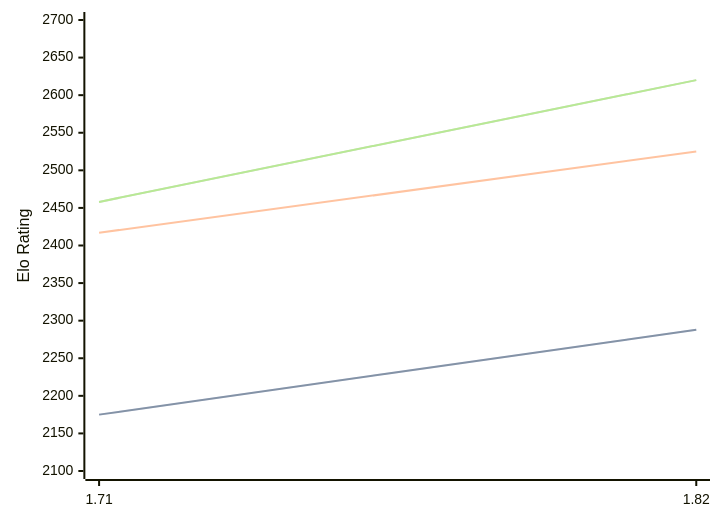
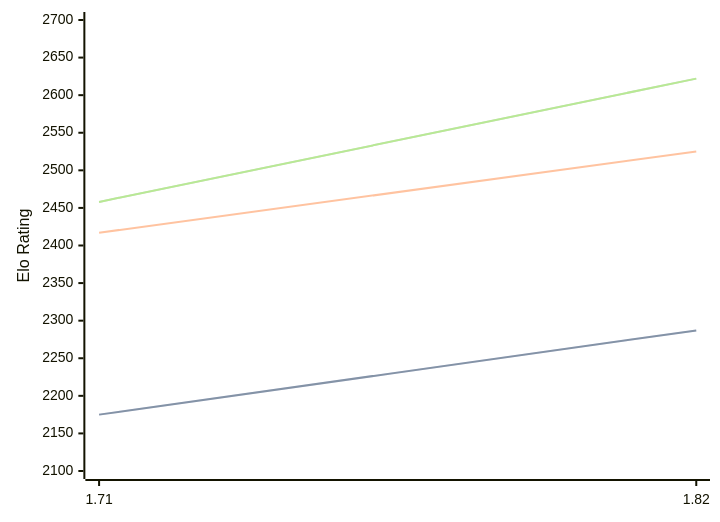
Before and after one commit to computer-chess-index/cci: the diagram in engines/Amira.md, drawn with Mermaid. The commit also changed other lines of this file, not shown here.

Commit message:
Update CCI Ratings (ELO VLTC) - 2026-07-20

````diff
--- a/engines/Amira.md
+++ b/engines/Amira.md
@@ -35,11 +35,11 @@
 ```mermaid
 %%{init: {"theme":"base","themeVariables":{"seriesColors:['#a3a3a3','#222221','#faa371']}}}%%
 xychart-beta
   x-axis ["1.71", "1.82"]
   y-axis "Elo Rating" 2100 --> 2700
-  line "STC (8.0+0.08s)" [2175, 2288]
-  line "STC (8.0+0.08s)" [2175, 2288]
+  line "STC (8.0+0.08s)" [2175, 2287]
+  line "STC (8.0+0.08s)" [2175, 2287]
   line "LTC (60.0+0.60s)" [2417, 2525]
-  line "VLTC (2m24s+1.12s)" [2458, 2620]
-  line "VLTC (2m24s+1.12s)" [2458, 2620]
+  line "VLTC (2m24s+1.12s)" [2458, 2622]
+  line "VLTC (2m24s+1.12s)" [2458, 2622]
 ```
````
